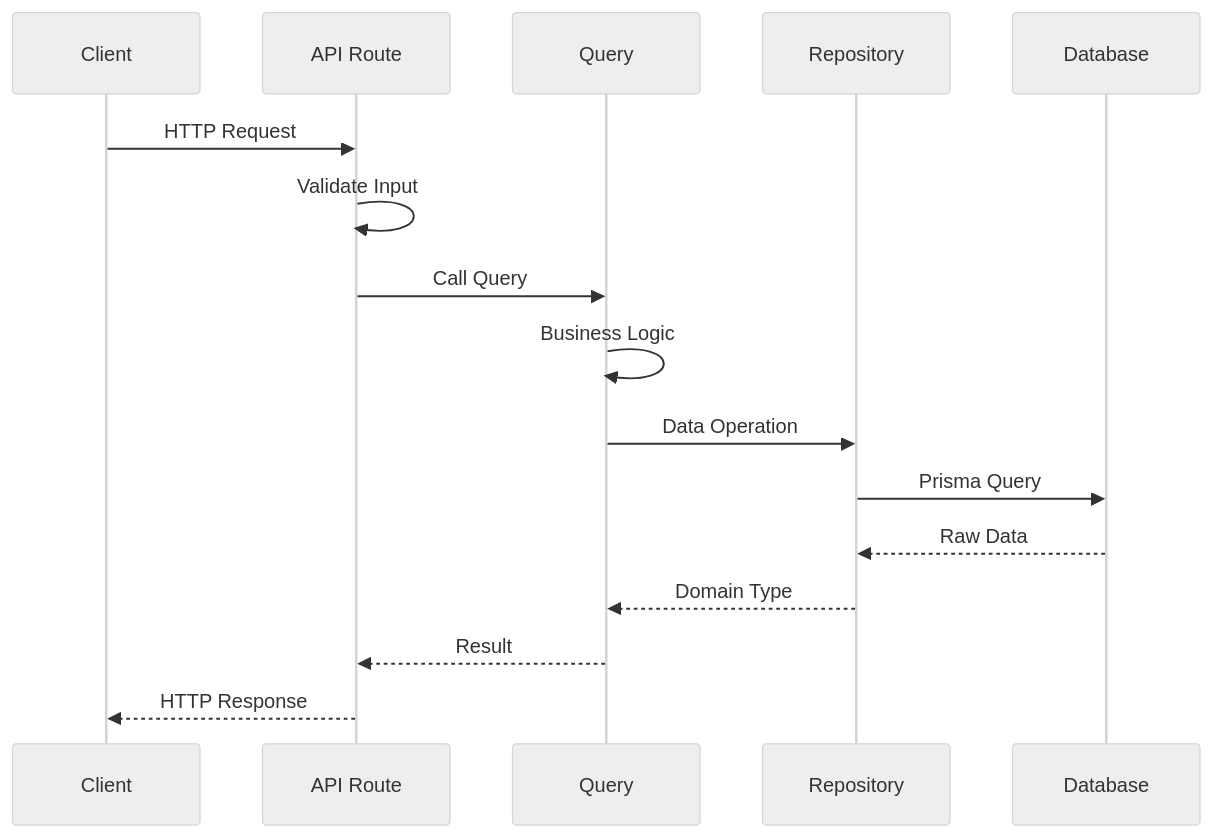
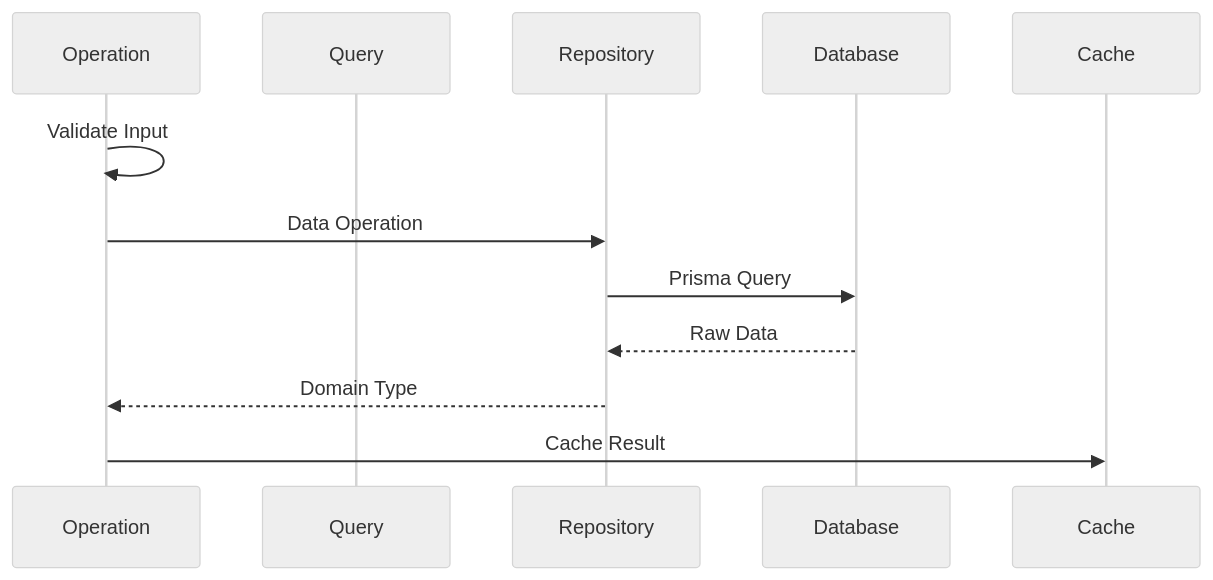
One commit to tonglam/letletme_data changed the second of 2 diagrams in documentation/implementation/Domain_Implementation_Guide.md. Above: the diagram before and after it, drawn with Mermaid (neutral theme). The commit also changed other lines of this file and 42 other files, not shown here.

````diff
--- a/documentation/implementation/Domain_Implementation_Guide.md
+++ b/documentation/implementation/Domain_Implementation_Guide.md
@@ -45,19 +46,15 @@
 ```mermaid
 sequenceDiagram
-    participant C as Client
-    participant A as API Route
+    participant O as Operation
     participant Q as Query
     participant R as Repository
     participant DB as Database
+    participant C as Cache
 
-    C->>A: HTTP Request
-    A->>A: Validate Input
-    A->>Q: Call Query
-    Q->>Q: Business Logic
-    Q->>R: Data Operation
+    O->>O: Validate Input
+    O->>R: Data Operation
     R->>DB: Prisma Query
     DB-->>R: Raw Data
-    R-->>Q: Domain Type
-    Q-->>A: Result
-    A-->>C: HTTP Response
+    R-->>O: Domain Type
+    O->>C: Cache Result
 ```
````
